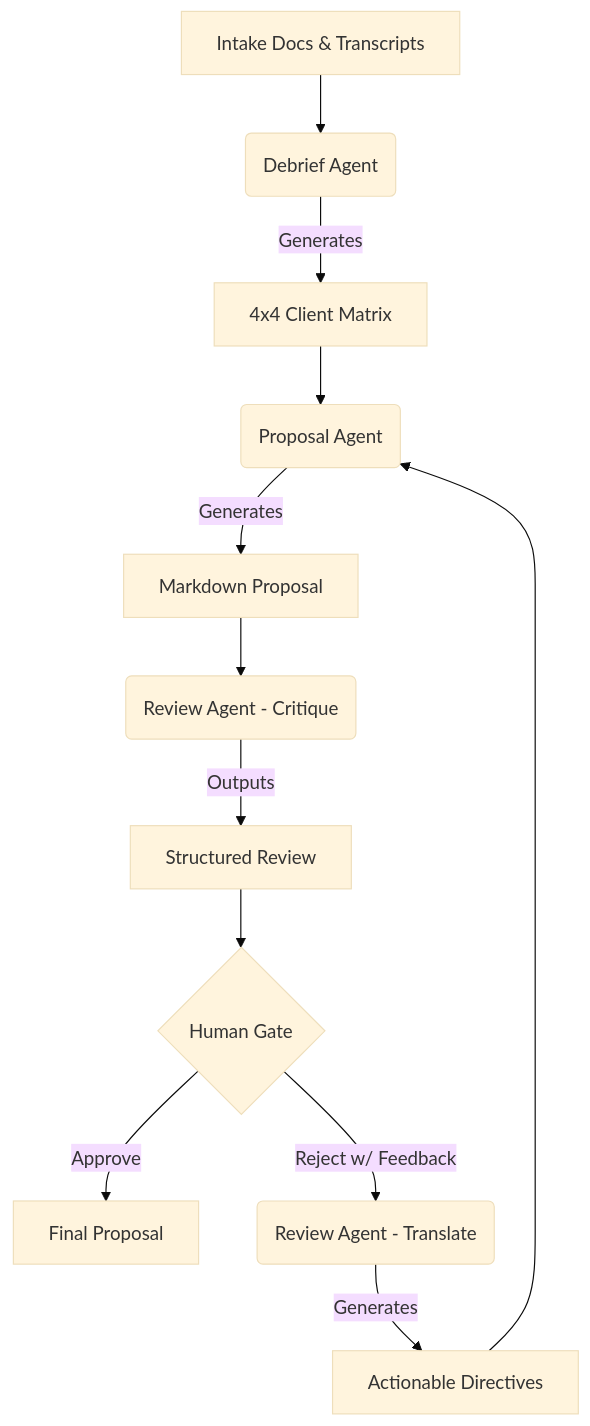
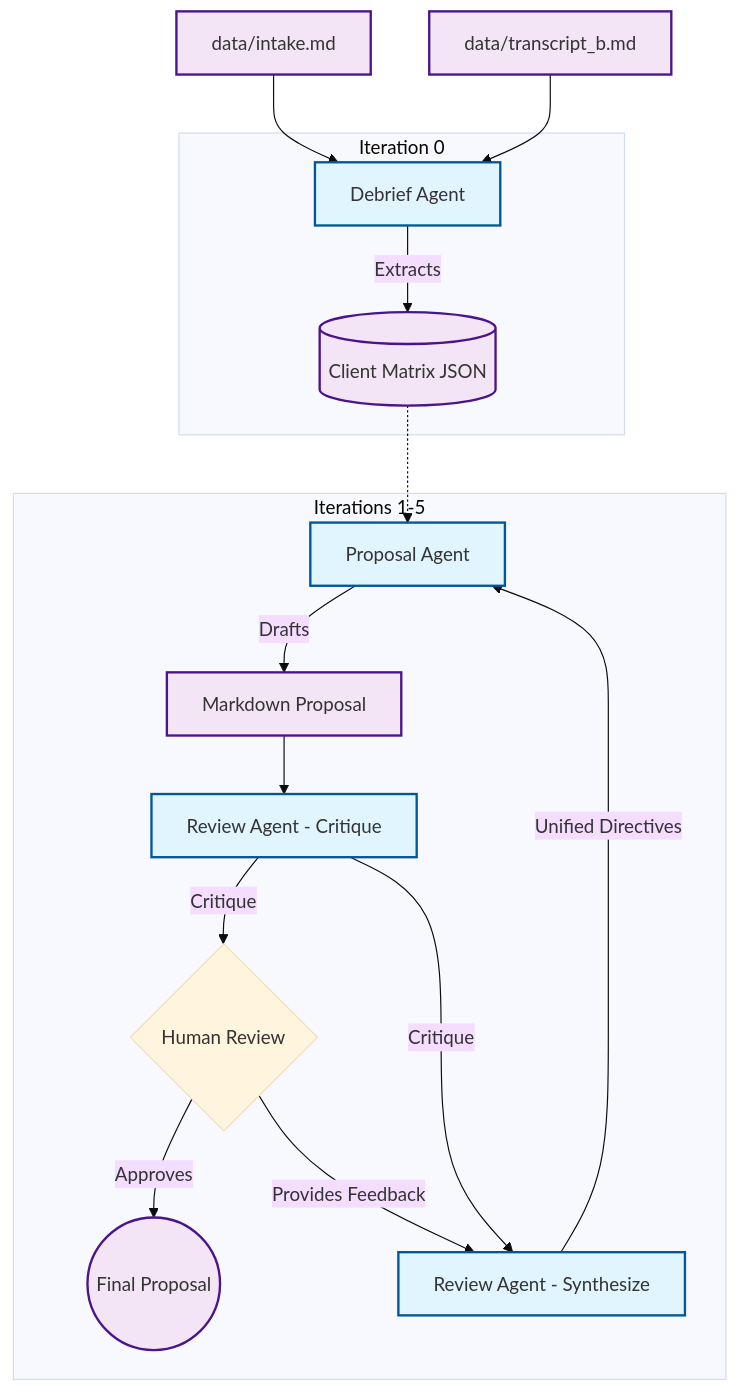
One commit to SSaadAKHTAR/MultiAgent-proposal-generation changed the diagram in README.md. Above: the diagram before and after it, drawn with Mermaid (base theme). The commit also changed other lines of this file, not shown here.

````diff
--- a/README.md
+++ b/README.md
@@ -36,14 +38,27 @@
 ```mermaid
 graph TD
-    A[Intake Docs & Transcripts] --> B(Debrief Agent)
-    B -->|Generates| C[4x4 Client Matrix]
-    C --> D(Proposal Agent)
-    D -->|Generates| E[Markdown Proposal]
-    E --> F(Review Agent - Critique)
-    F -->|Outputs| G[Structured Review]
-    G --> H{Human Gate}
-    H -->|Approve| I[Final Proposal]
-    H -->|Reject w/ Feedback| J(Review Agent - Translate)
-    J -->|Generates| K[Actionable Directives]
-    K --> D
+    A[data/intake.md] --> C
+    B[data/transcript_b.md] --> C
+    
+    subgraph Iteration 0
+        C[Debrief Agent] -->|Extracts| D[(Client Matrix JSON)]
+    end
+
+    subgraph Iterations 1-5
+        D -.-> E
+        E[Proposal Agent] -->|Drafts| F[Markdown Proposal]
+        F --> G[Review Agent - Critique]
+        G -->|Critique| H{Human Review}
+        
+        H -->|Approves| I((Final Proposal))
+        H -->|Provides Feedback| J[Review Agent - Synthesize]
+        G -->|Critique| J
+        J -->|Unified Directives| E
+    end
+    
+    classDef agent fill:#e1f5fe,stroke:#01579b,stroke-width:2px;
+    classDef doc fill:#f3e5f5,stroke:#4a148c,stroke-width:2px;
+    
+    class C,E,G,J agent;
+    class A,B,D,F,I doc;
 ```
````
